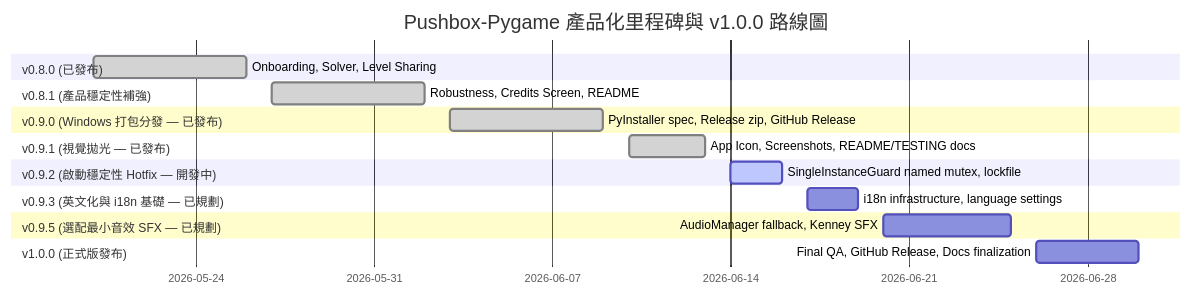
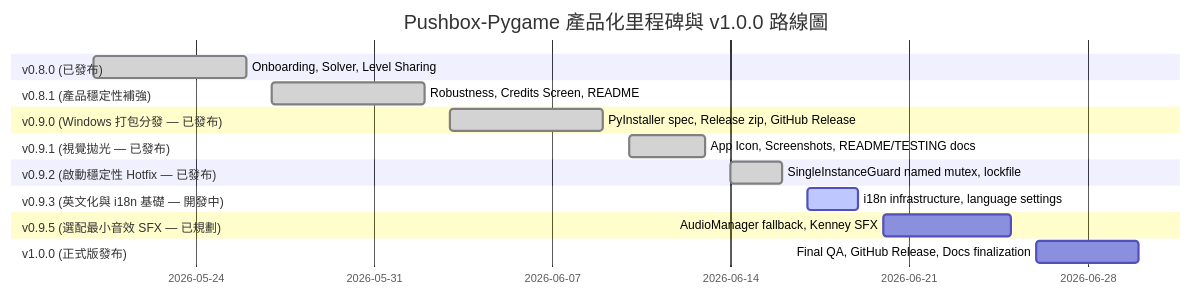
One commit to YI-TING-EE13/Pushbox-Pygame changed the diagram in DEVELOPMENT.md. Above: the diagram before and after it, drawn with Mermaid. The commit also changed other lines of this file and 5 other files, not shown here.

Commit message:
feat: add i18n infrastructure and language config

````diff
--- a/DEVELOPMENT.md
+++ b/DEVELOPMENT.md
@@ -167,21 +167,21 @@
 ```mermaid
 gantt
     title Pushbox-Pygame 產品化里程碑與 v1.0.0 路線圖
     dateFormat  YYYY-MM-DD
     section v0.8.0 (已發布)
     Onboarding, Solver, Level Sharing :done, 2026-05-20, 2026-05-26
     section v0.8.1 (產品穩定性補強)
     Robustness, Credits Screen, README :done, 2026-05-27, 2026-06-02
     section v0.9.0 (Windows 打包分發 — 已發布)
     PyInstaller spec, Release zip, GitHub Release :done, 2026-06-03, 2026-06-09
     section v0.9.1 (視覺拋光 — 已發布)
     App Icon, Screenshots, README/TESTING docs :done, 2026-06-10, 2026-06-13
-    section v0.9.2 (啟動穩定性 Hotfix — 開發中)
-    SingleInstanceGuard named mutex, lockfile :active, 2026-06-14, 2026-06-16
-    section v0.9.3 (英文化與 i18n 基礎 — 已規劃)
-    i18n infrastructure, language settings : 2026-06-17, 2026-06-19
+    section v0.9.2 (啟動穩定性 Hotfix — 已發布)
+    SingleInstanceGuard named mutex, lockfile :done, 2026-06-14, 2026-06-16
+    section v0.9.3 (英文化與 i18n 基礎 — 開發中)
+    i18n infrastructure, language settings :active, 2026-06-17, 2026-06-19
     section v0.9.5 (選配最小音效 SFX — 已規劃)
     AudioManager fallback, Kenney SFX : 2026-06-20, 2026-06-25
     section v1.0.0 (正式版發布)
     Final QA, GitHub Release, Docs finalization : 2026-06-26, 2026-06-30
 ```
````
